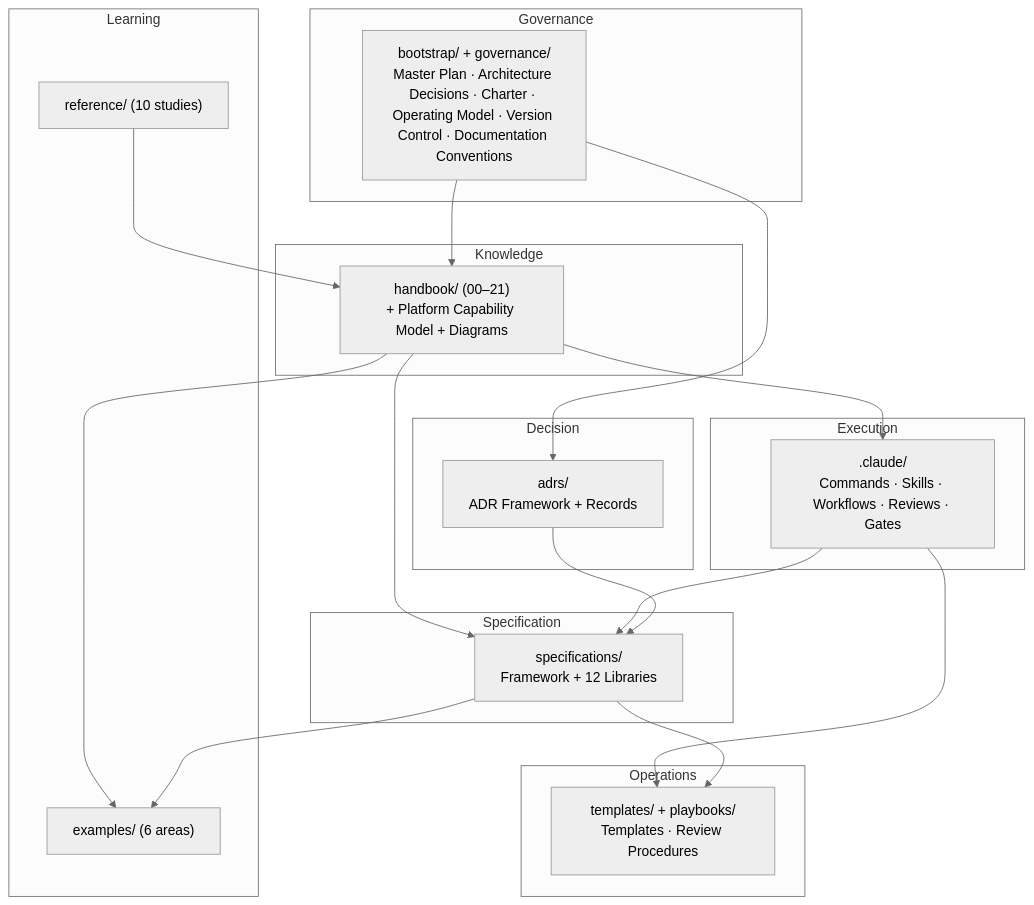
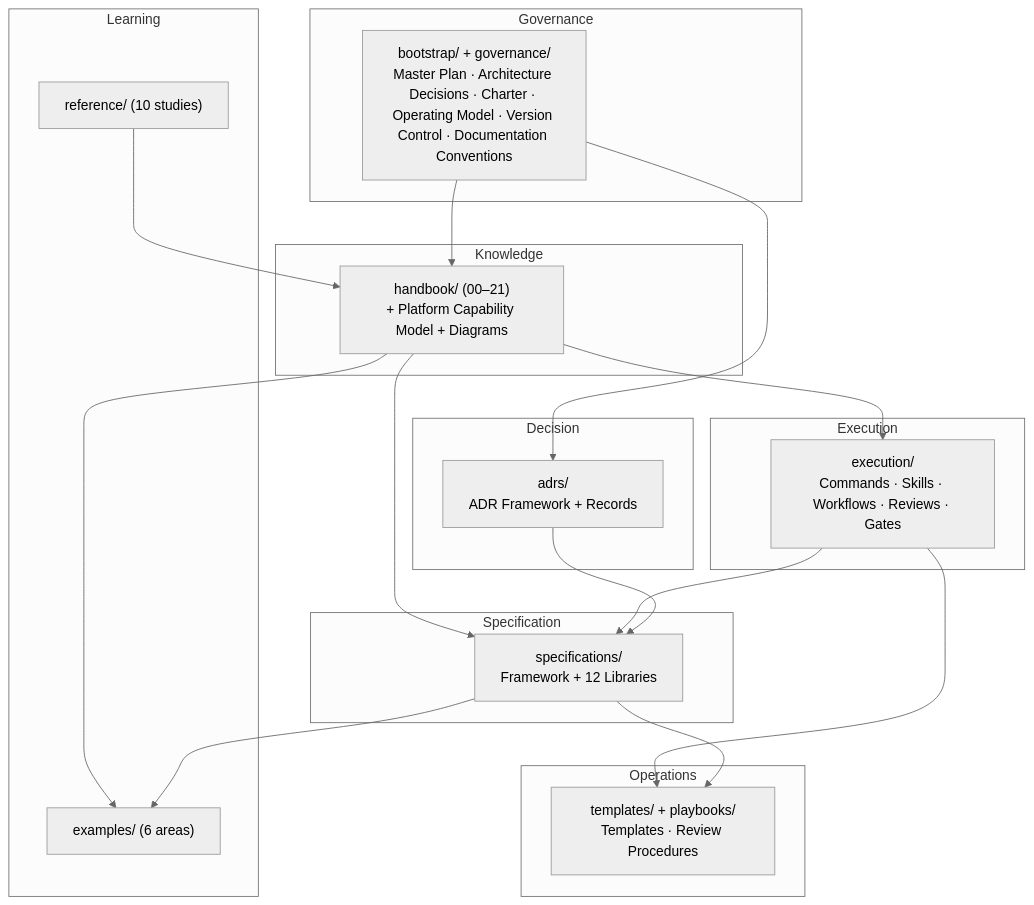
The diagram in docs/FRAMEWORK_MAP.md (willianmarcel/agent-platform-engineering-framework), drawn with Mermaid (neutral theme) before and after one commit. The commit also changed other lines of this file and 65 other files, not shown here.

First line of the commit message:
refactor: rename Execution Framework home .claude/ -> execution/

````diff
--- a/docs/FRAMEWORK_MAP.md
+++ b/docs/FRAMEWORK_MAP.md
@@ -22,36 +22,36 @@
 ```mermaid
 graph TB
   subgraph Governance
     G["bootstrap/ + governance/<br/>Master Plan · Architecture Decisions · Charter · Operating Model · Version Control · Documentation Conventions"]
   end
   subgraph Knowledge
     H["handbook/ (00–21)<br/>+ Platform Capability Model + Diagrams"]
   end
   subgraph Execution
-    E[".claude/<br/>Commands · Skills · Workflows · Reviews · Gates"]
+    E["execution/<br/>Commands · Skills · Workflows · Reviews · Gates"]
   end
   subgraph Specification
     S["specifications/<br/>Framework + 12 Libraries"]
   end
   subgraph Decision
     D["adrs/<br/>ADR Framework + Records"]
   end
   subgraph Operations
     O["templates/ + playbooks/<br/>Templates · Review Procedures"]
   end
   subgraph Learning
     R["reference/ (10 studies)"]
     X["examples/ (6 areas)"]
   end
   G --> H
   H --> E
   H --> S
   E --> S
   G --> D
   D --> S
   E --> O
   S --> O
   H --> X
   R --> H
   S --> X
 ```
````
